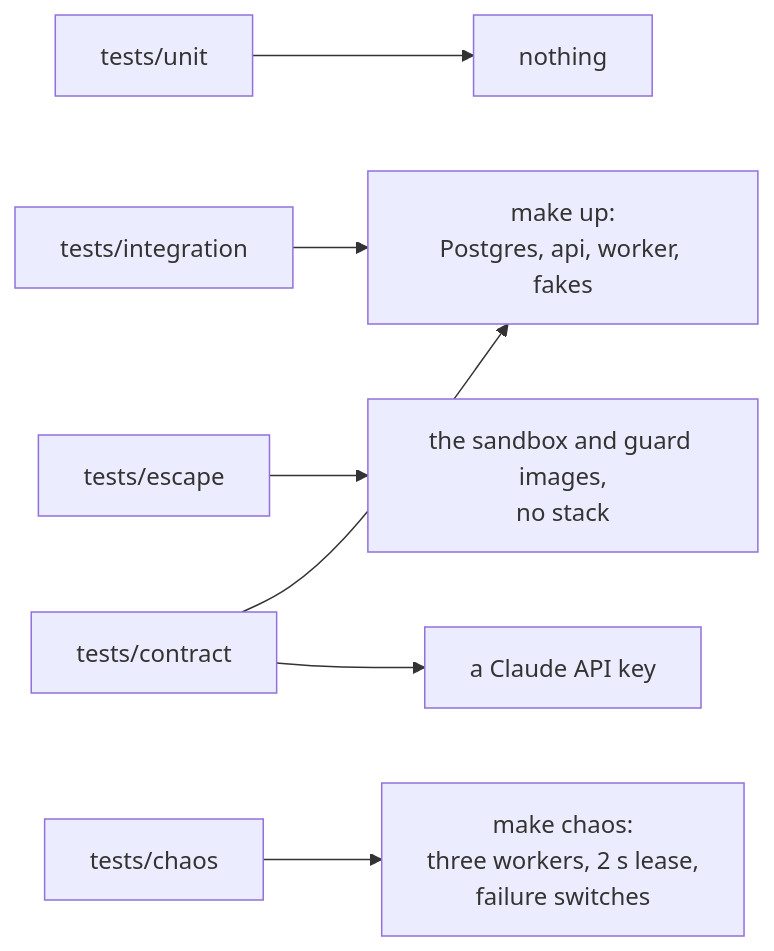
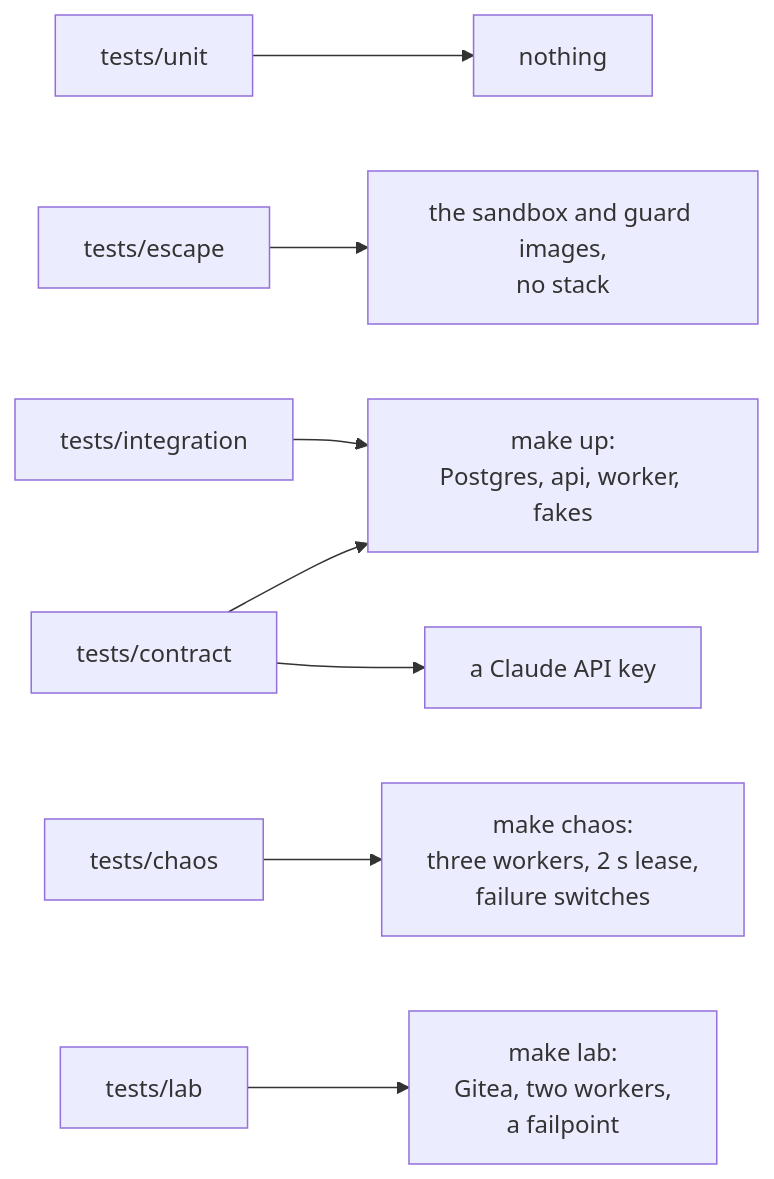
One commit to sindredg/agent-runtime changed the diagram in docs/testing.md. Above: the diagram before and after it, drawn with Mermaid. The commit also changed other lines of this file and 27 other files, not shown here.

First line of the commit message:
feat: run create_issue against Gitea and add the lab demo (#102)

````diff
--- a/docs/testing.md
+++ b/docs/testing.md
@@ -6,9 +6,10 @@
 ```mermaid
 flowchart LR
     U[tests/unit] --> N[nothing]
     I[tests/integration] --> S[make up:<br/>Postgres, api, worker, fakes]
     E[tests/escape] --> IMG[the sandbox and guard images,<br/>no stack]
     C[tests/chaos] --> CS[make chaos:<br/>three workers, 2 s lease,<br/>failure switches]
+    L[tests/lab] --> LS[make lab:<br/>Gitea, two workers,<br/>a failpoint]
     K[tests/contract] --> S
     K --> KEY[a Claude API key]
 ```
````
